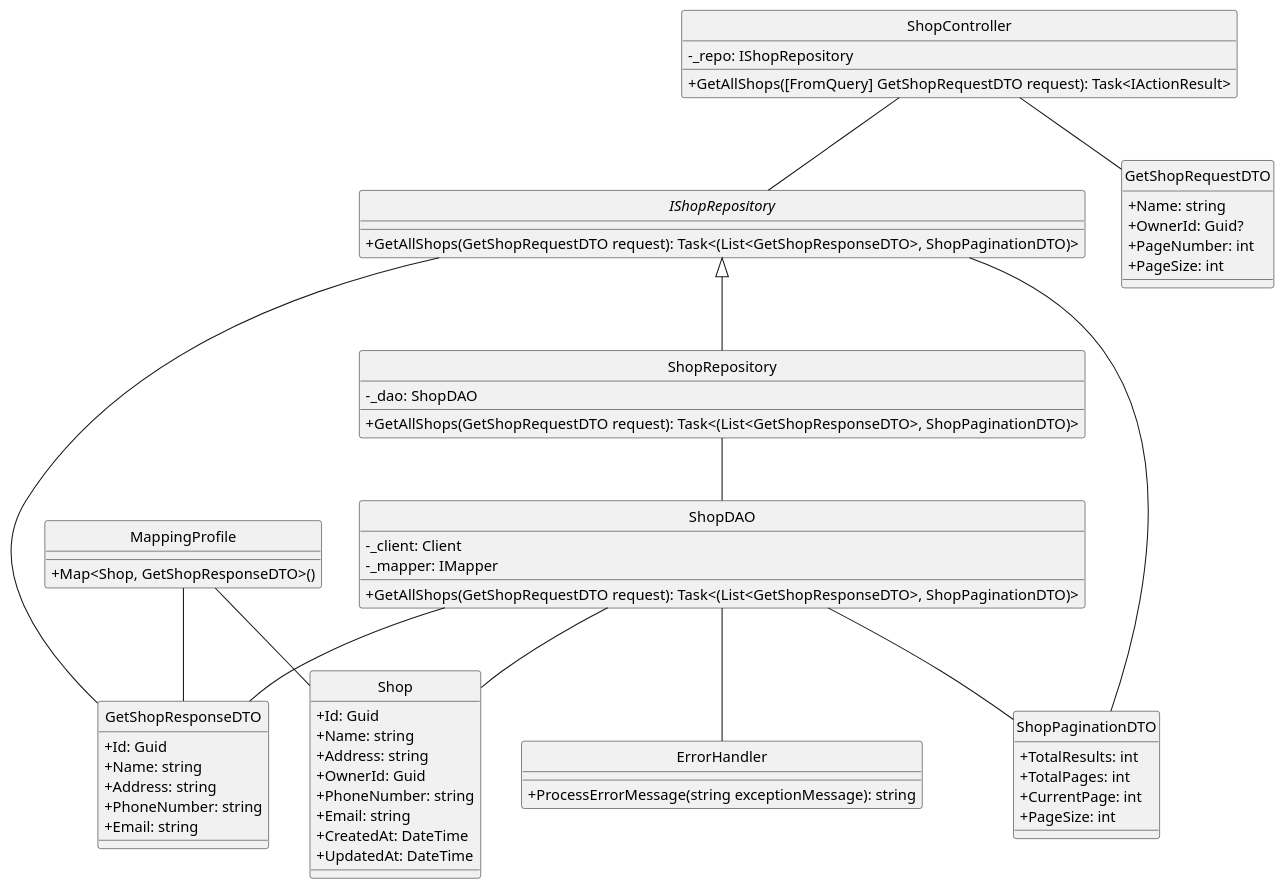
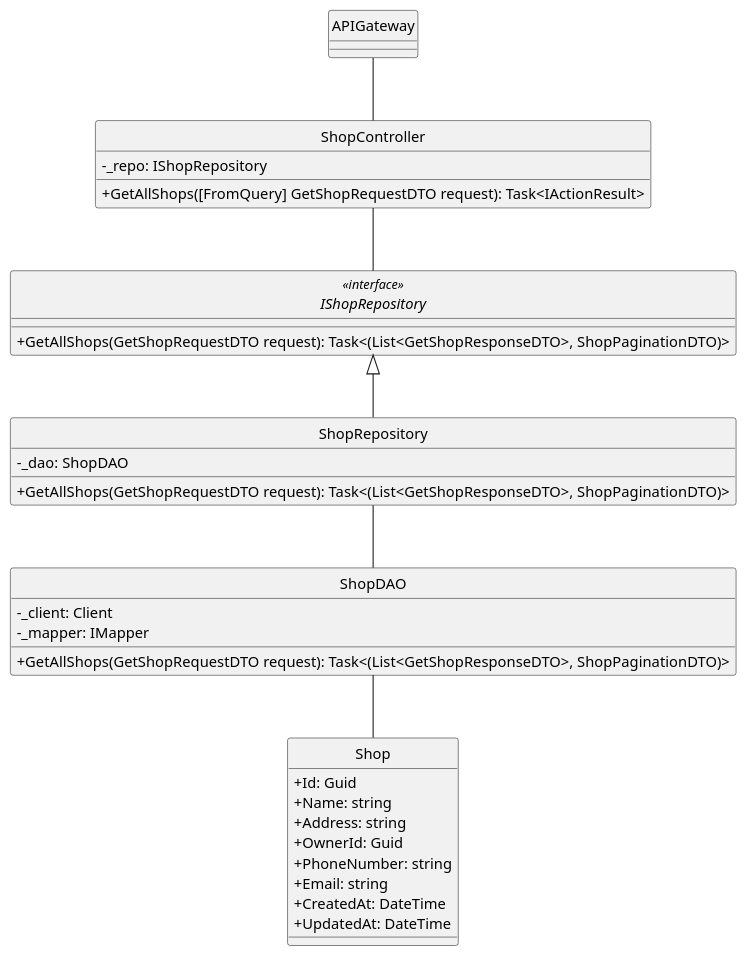
One commit to minhnhut23/FPT-OBOMS changed the diagram in docs/ClassDiagram/Shop/GetAllShops.plantuml. Above: the diagram before and after it, drawn with PlantUML. The commit also changed 86 other files, not shown here.

Commit message:
update 6 class-diagram

```diff
--- a/docs/ClassDiagram/Shop/GetAllShops.plantuml
+++ b/docs/ClassDiagram/Shop/GetAllShops.plantuml
@@ -1,93 +1,49 @@
 @startuml
 hide circle
 skinparam classAttributeIconSize 0
 
-' Controllers
+class APIGateway {
+}
+
 class ShopController {
     - _repo: IShopRepository
     + GetAllShops([FromQuery] GetShopRequestDTO request): Task<IActionResult>
 }
 
 ' Repository Interface
-interface IShopRepository {
+interface IShopRepository<<interface>> {
     + GetAllShops(GetShopRequestDTO request): Task<(List<GetShopResponseDTO>, ShopPaginationDTO)>
 }
 
 ' Repository Implementation
 class ShopRepository {
     - _dao: ShopDAO
     + GetAllShops(GetShopRequestDTO request): Task<(List<GetShopResponseDTO>, ShopPaginationDTO)>
 }
 
 ' Data Access Object
 class ShopDAO {
     - _client: Client
     - _mapper: IMapper
     + GetAllShops(GetShopRequestDTO request): Task<(List<GetShopResponseDTO>, ShopPaginationDTO)>
 }
 
 ' Domain Model
 class Shop {
     + Id: Guid
     + Name: string
     + Address: string
     + OwnerId: Guid
     + PhoneNumber: string
     + Email: string
     + CreatedAt: DateTime
     + UpdatedAt: DateTime
 }
 
-' Request Data Transfer Object
-class GetShopRequestDTO {
-    + Name: string
-    + OwnerId: Guid?
-    + PageNumber: int
-    + PageSize: int
-}
-
-' Response Data Transfer Object
-class GetShopResponseDTO {
-    + Id: Guid
-    + Name: string
-    + Address: string
-    + PhoneNumber: string
-    + Email: string
-}
-
-' Pagination Data Transfer Object
-class ShopPaginationDTO {
-    + TotalResults: int
-    + TotalPages: int
-    + CurrentPage: int
-    + PageSize: int
-}
-
-' Utility classes
-class ErrorHandler {
-    + ProcessErrorMessage(string exceptionMessage): string
-}
-
-class MappingProfile {
-    + Map<Shop, GetShopResponseDTO>()
-}
-
-' Relationships
+APIGateway -- ShopController
 ShopController -- IShopRepository
-ShopController -- GetShopRequestDTO
 
 IShopRepository <|-- ShopRepository
-IShopRepository -- GetShopResponseDTO
-IShopRepository -- ShopPaginationDTO
-
 ShopRepository -- ShopDAO
-
-ShopDAO -- ErrorHandler
-ShopDAO -- GetShopResponseDTO
-ShopDAO -- ShopPaginationDTO
 ShopDAO -- Shop
-
-MappingProfile -- Shop
-MappingProfile -- GetShopResponseDTO
-
 @enduml
```
